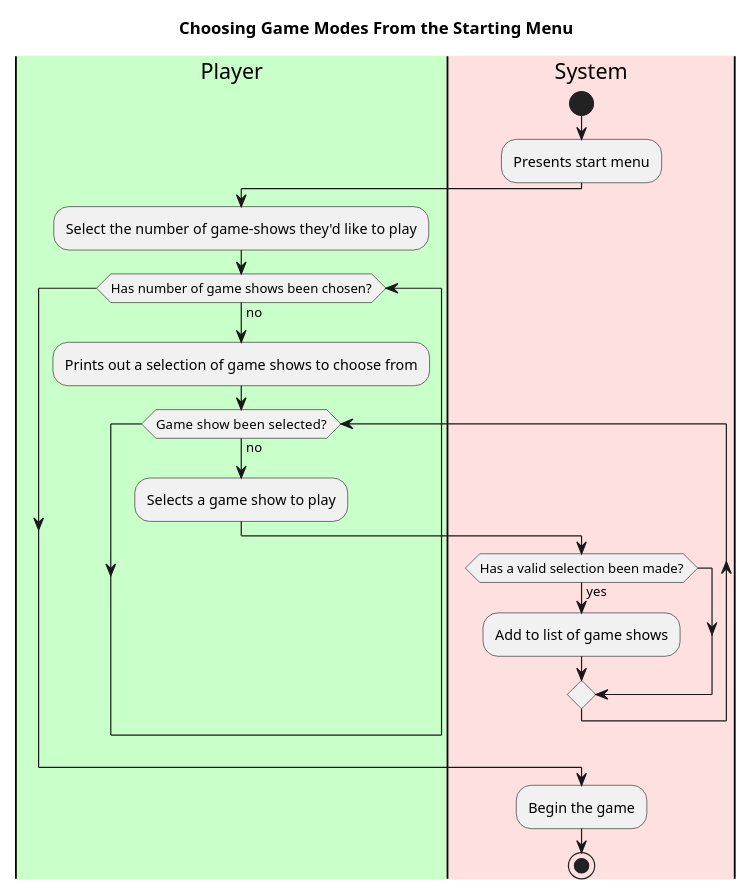
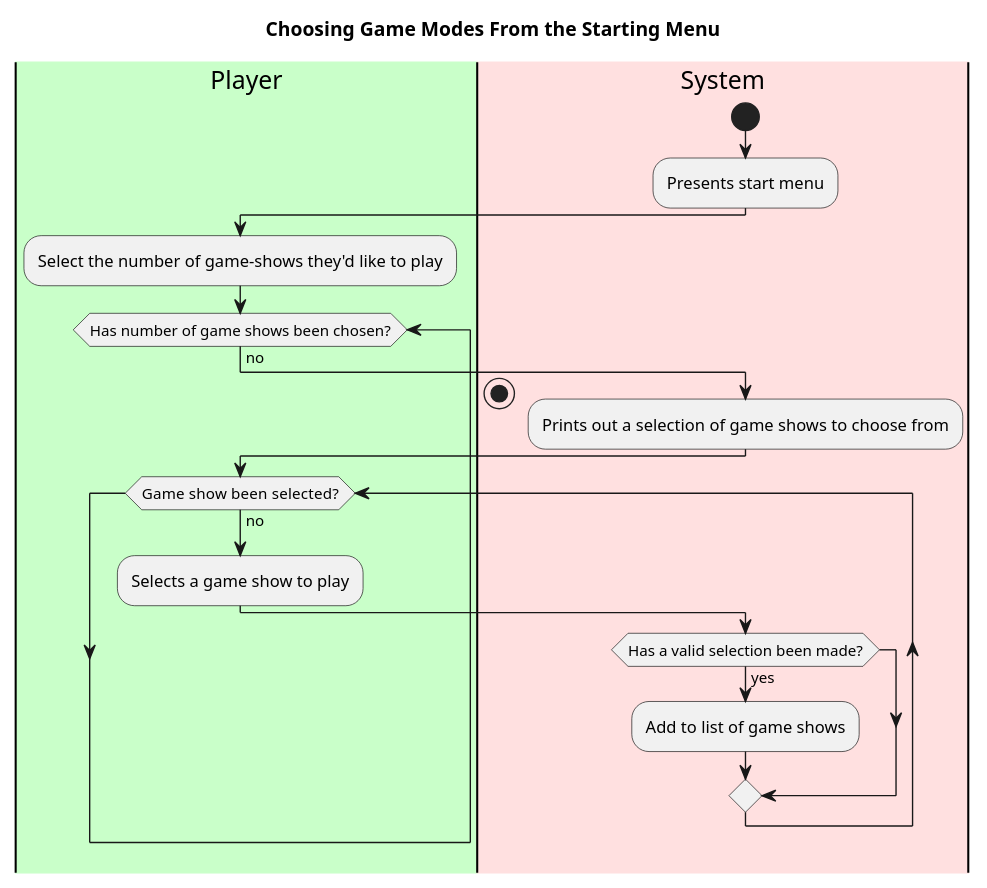
Before and after one commit to aczar09/Trivia-Game-Android: the second of 2 diagrams in doc/use-cases/use-cases-brief.md, drawn with PlantUML. The commit also changed other lines of this file and 1 other file, not shown here.

````diff
--- a/doc/use-cases/use-cases-brief.md
+++ b/doc/use-cases/use-cases-brief.md
@@ -158,28 +124,29 @@
 ```plantuml
 @startuml
 scale max 600 height
 title Choosing Game Modes From the Starting Menu
 'define swimlanes
 |#technology|Player|
 |#implementation|System|
 |System|
 start
 :Presents start menu;
 |Player|
 :Select the number of game-shows they'd like to play;
 while(Has number of game shows been chosen?) is (no)
+|System|
 :Prints out a selection of game shows to choose from;
+|Player|
 while(Game show  been selected?) is (no)
 :Selects a game show to play;
 |System|
 if(Has a valid selection been made?) then (yes)
 :Add to list of game shows;
 endif
 end while
 endwhile
-|System|
-:Begin the game;
+
 stop
 
 @enduml
 ```
````
